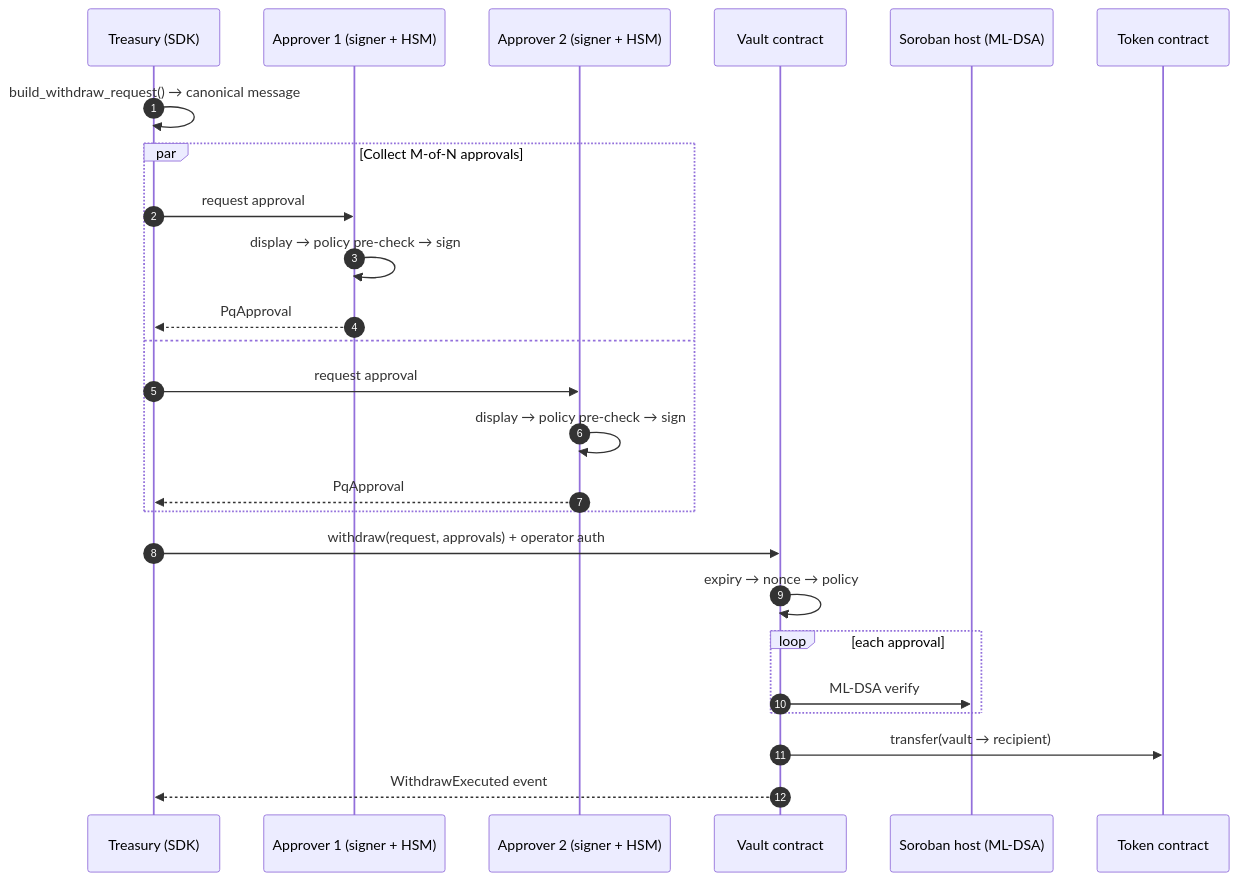
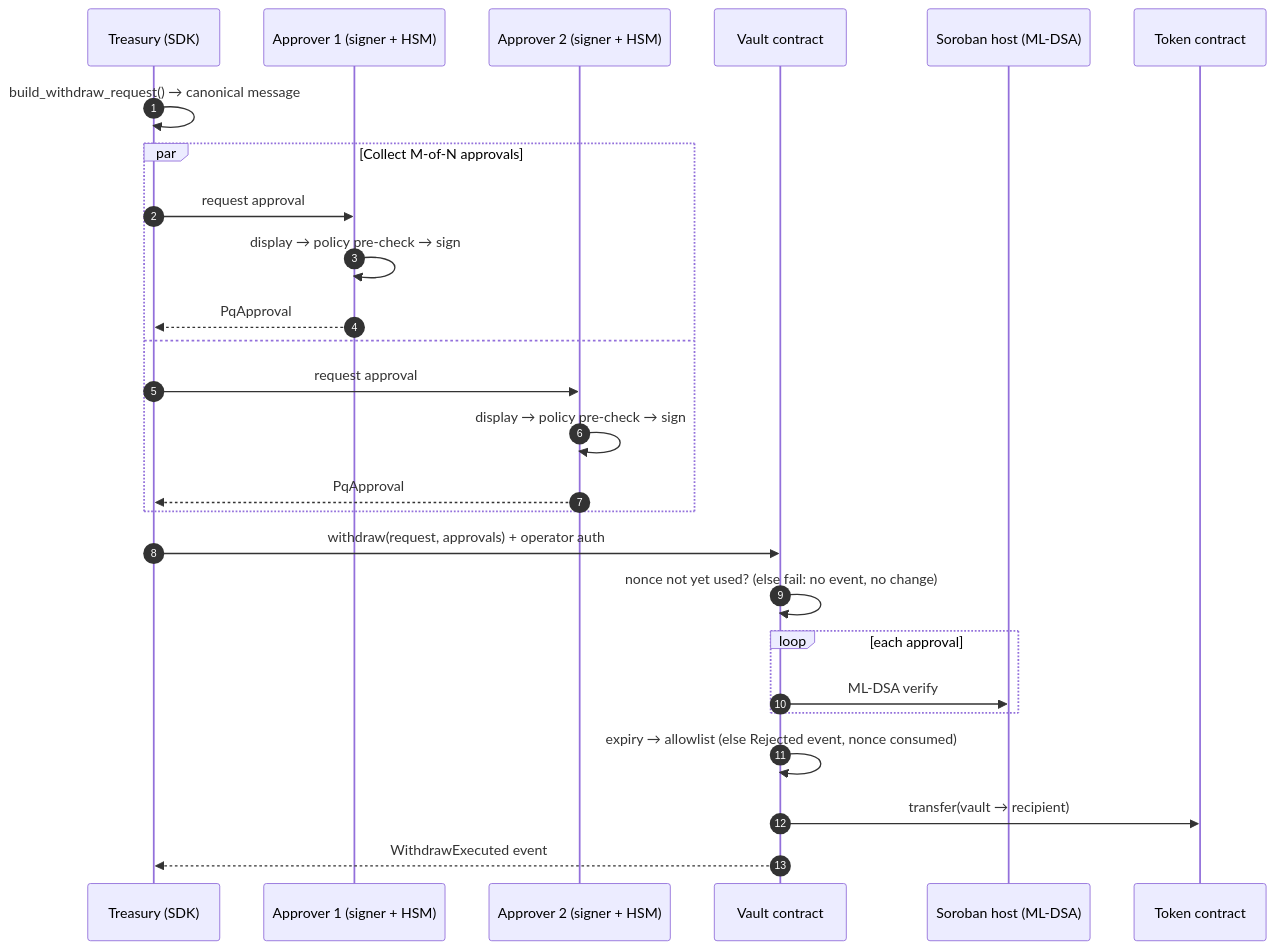
One commit to osdeniz/qrypton-vault changed the second of 2 diagrams in README.md. Above: the diagram before and after it, drawn with Mermaid. The commit also changed other lines of this file, not shown here.

Commit message:
docs: update README status with the testnet proof and what is not implemented yet

````diff
--- a/README.md
+++ b/README.md
@@ -115,28 +115,29 @@
 ```mermaid
 sequenceDiagram
     autonumber
     participant Op as Treasury (SDK)
     participant A1 as Approver 1 (signer + HSM)
     participant A2 as Approver 2 (signer + HSM)
     participant V as Vault contract
     participant H as Soroban host (ML-DSA)
     participant T as Token contract
 
     Op->>Op: build_withdraw_request() → canonical message
     par Collect M-of-N approvals
         Op->>A1: request approval
         A1->>A1: display → policy pre-check → sign
         A1-->>Op: PqApproval
     and
         Op->>A2: request approval
         A2->>A2: display → policy pre-check → sign
         A2-->>Op: PqApproval
     end
     Op->>V: withdraw(request, approvals) + operator auth
-    V->>V: expiry → nonce → policy
+    V->>V: nonce not yet used? (else fail: no event, no change)
     loop each approval
         V->>H: ML-DSA verify
     end
+    V->>V: expiry → allowlist (else Rejected event, nonce consumed)
     V->>T: transfer(vault → recipient)
     V-->>Op: WithdrawExecuted event
 ```
````
